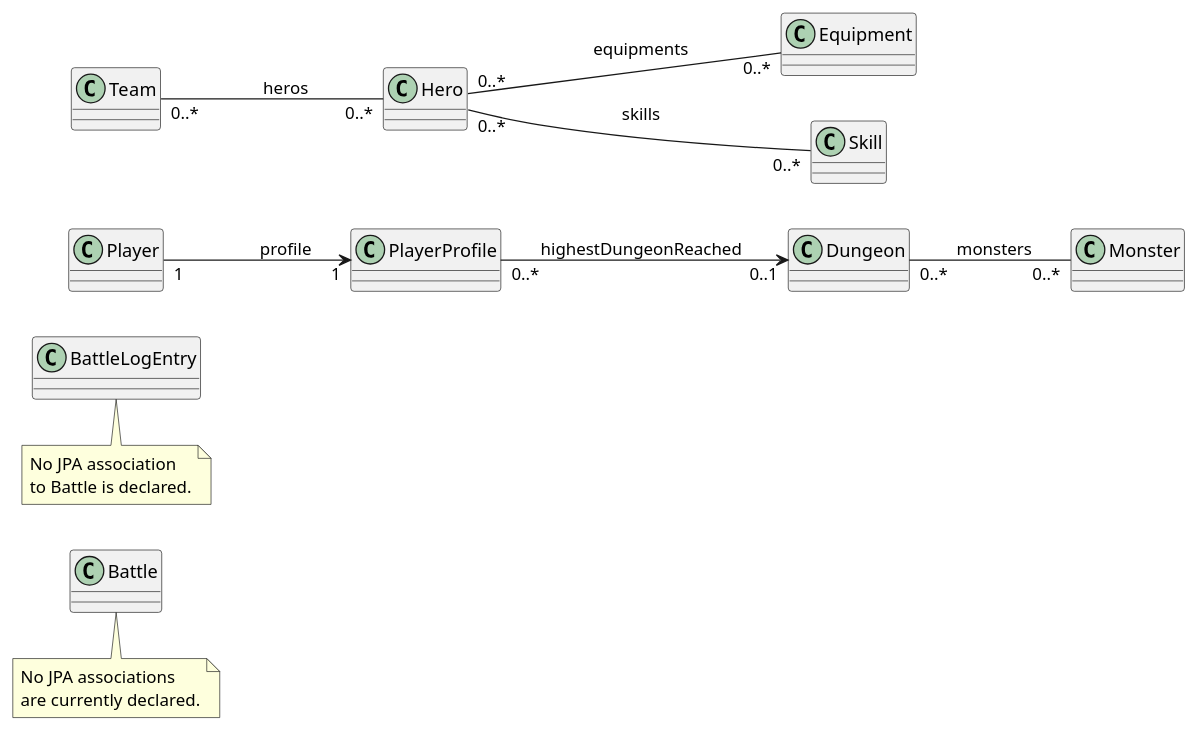
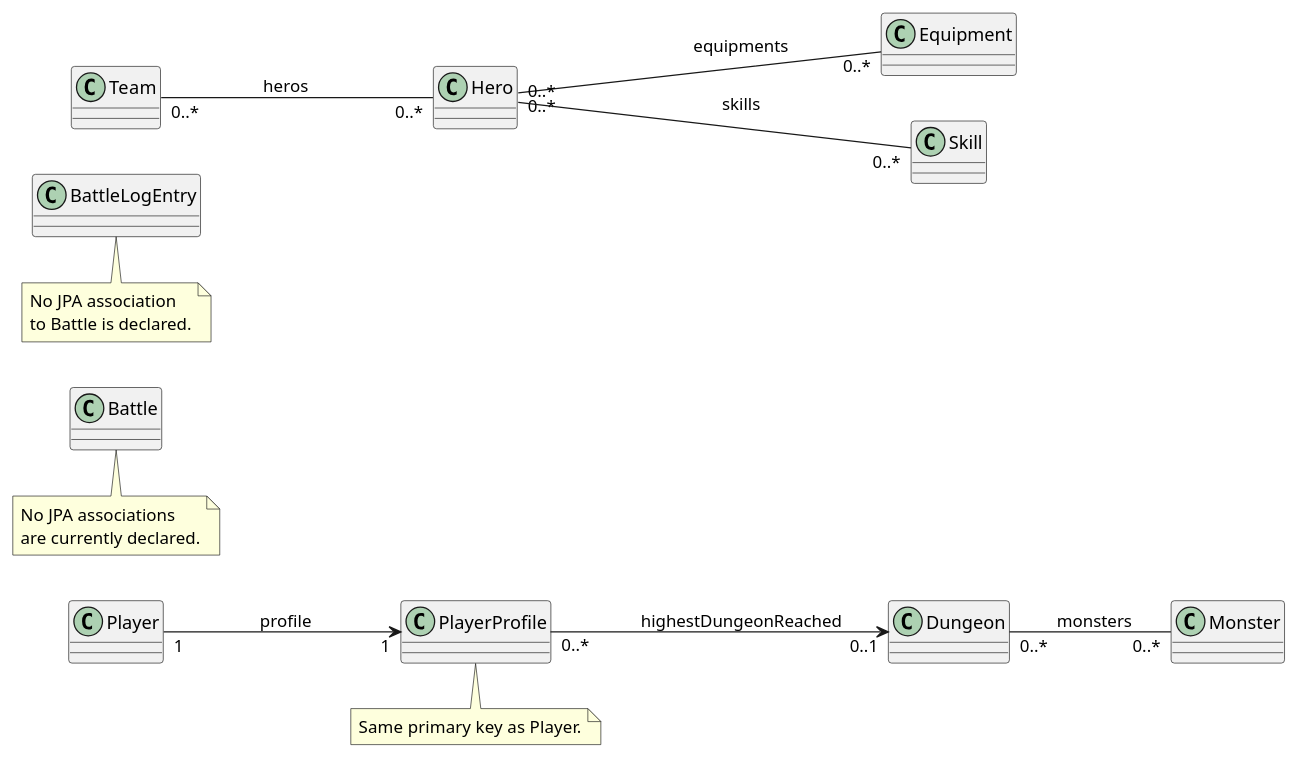
Before and after one commit to grignonlouis/auto-battler: the diagram in auto-battler/docs/diagrams/entities.puml, drawn with PlantUML. The commit also changed 14 other files, not shown here.

```diff
--- a/auto-battler/docs/diagrams/entities.puml
+++ b/auto-battler/docs/diagrams/entities.puml
@@ -1,32 +1,36 @@
 @startuml
 left to right direction
 skinparam classAttributeIconSize 0
 skinparam shadowing false
 
 class Player
 class PlayerProfile
 class Team
 class Hero
 class Equipment
 class Skill
 class Dungeon
 class Monster
 class Battle
 class BattleLogEntry
 
 Player "1" --> "1" PlayerProfile : profile
 PlayerProfile "0..*" --> "0..1" Dungeon : highestDungeonReached
+
+note bottom of PlayerProfile
+  Same primary key as Player.
+end note
 Team "0..*" -- "0..*" Hero : heros
 Hero "0..*" -- "0..*" Equipment : equipments
 Hero "0..*" -- "0..*" Skill : skills
 Dungeon "0..*" -- "0..*" Monster : monsters
 
 note bottom of Battle
   No JPA associations
   are currently declared.
 end note
 note bottom of BattleLogEntry
   No JPA association
   to Battle is declared.
 end note
 @enduml
```
